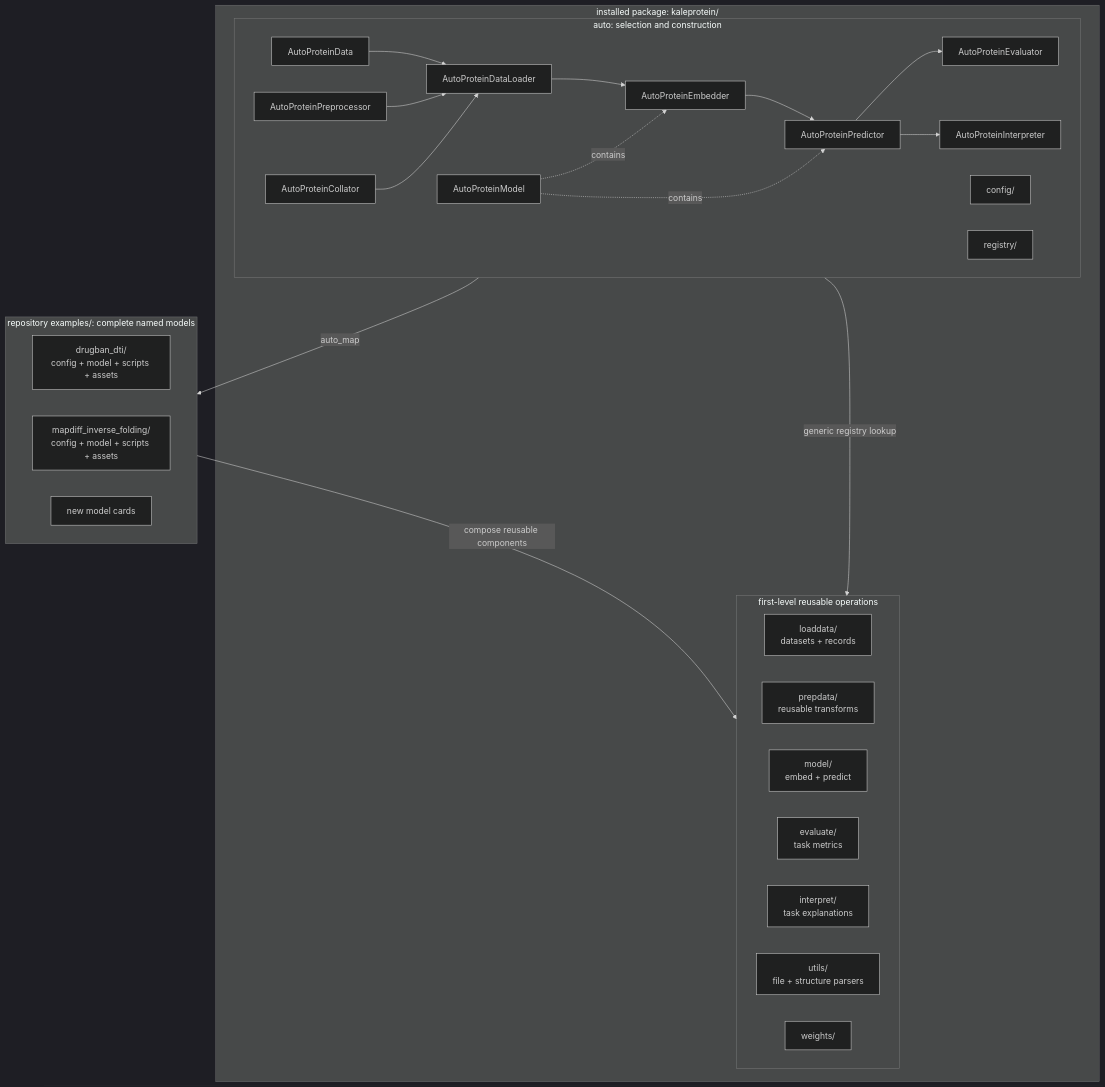
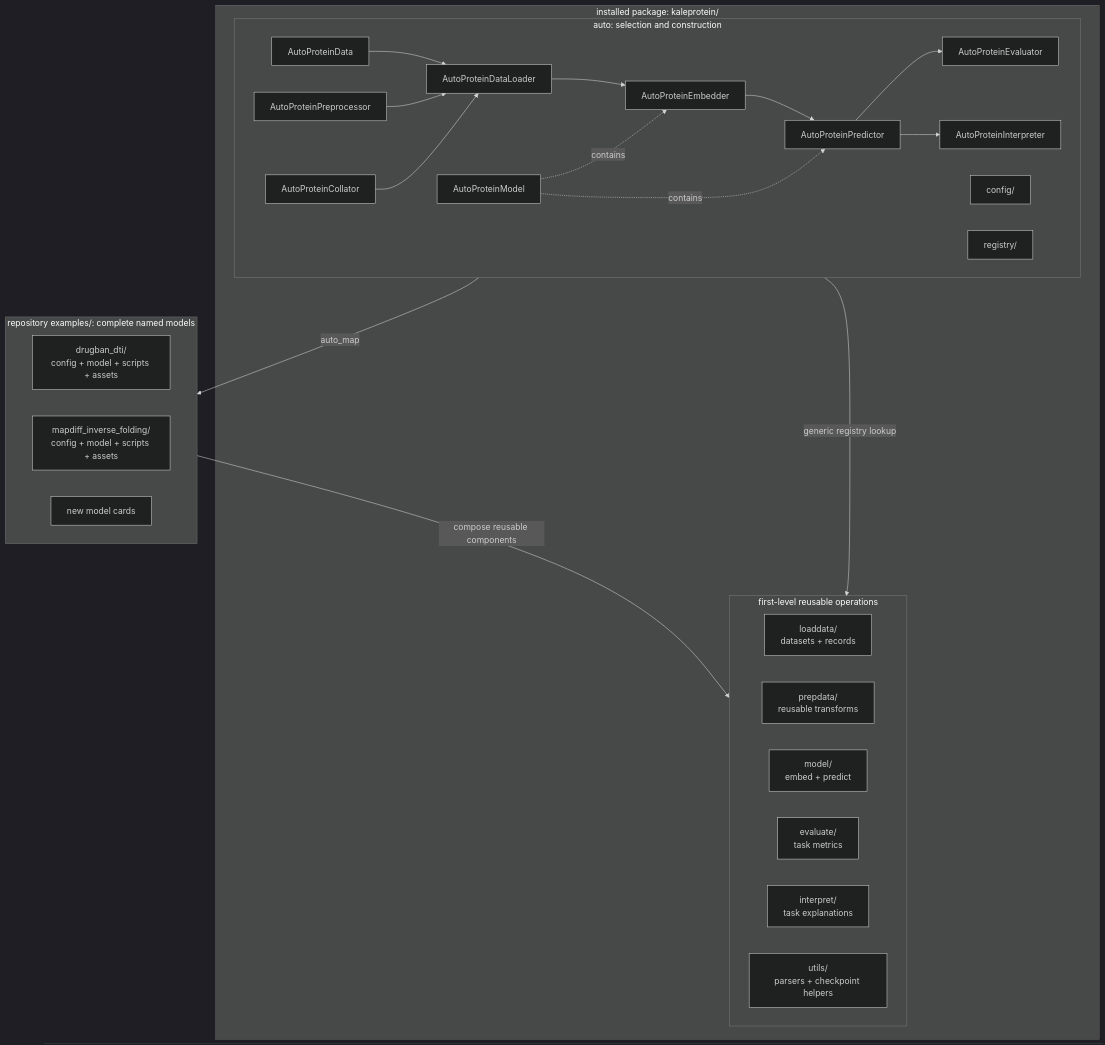
Before and after one commit to pykale/protein: the first of 3 diagrams in docs/architecture.md, drawn with Mermaid (dark theme). The commit also changed other lines of this file and 13 other files, not shown here.

Commit message:
Move checkpoint helpers into utils

````diff
--- a/docs/architecture.md
+++ b/docs/architecture.md
@@ -27,49 +26,48 @@
 ```mermaid
 flowchart TB
     subgraph PACKAGE["installed package: kaleprotein/"]
       subgraph OPERATIONS["first-level reusable operations"]
         direction LR
         LOAD_DATA["loaddata/<br/>datasets + records"]
         PREP_DATA["prepdata/<br/>reusable transforms"]
         MODEL_COMPONENTS["model/<br/>embed + predict"]
         EVALUATE["evaluate/<br/>task metrics"]
         INTERPRET["interpret/<br/>task explanations"]
-        UTILS["utils/<br/>file + structure parsers"]
-        WEIGHTS["weights/"]
+        UTILS["utils/<br/>parsers + checkpoint helpers"]
       end
 
       subgraph AUTO["auto: selection and construction"]
         direction LR
         DATA["AutoProteinData"]
         PREP["AutoProteinPreprocessor"]
         COLLATE["AutoProteinCollator"]
         LOADER["AutoProteinDataLoader"]
         MODEL["AutoProteinModel"]
         EMBED["AutoProteinEmbedder"]
         PREDICT["AutoProteinPredictor"]
         EVAL["AutoProteinEvaluator"]
         INTERP["AutoProteinInterpreter"]
         CONFIG["config/"]
         REGISTRY["registry/"]
         DATA --> LOADER
         PREP --> LOADER
         COLLATE --> LOADER
         LOADER --> EMBED --> PREDICT
         PREDICT --> EVAL
         PREDICT --> INTERP
         MODEL -.->|"contains"| EMBED
         MODEL -.->|"contains"| PREDICT
       end
     end
 
     subgraph EXAMPLES["repository examples/: complete named models"]
         direction LR
         DRUGBAN["drugban_dti/<br/>config + model + scripts + assets"]
         MAPDIFF["mapdiff_inverse_folding/<br/>config + model + scripts + assets"]
         MORE["new model cards"]
     end
 
     AUTO -->|"generic registry lookup"| OPERATIONS
     MODEL -->|"auto_map"| EXAMPLES
     EXAMPLES -->|"compose reusable components"| OPERATIONS
 ```
````
